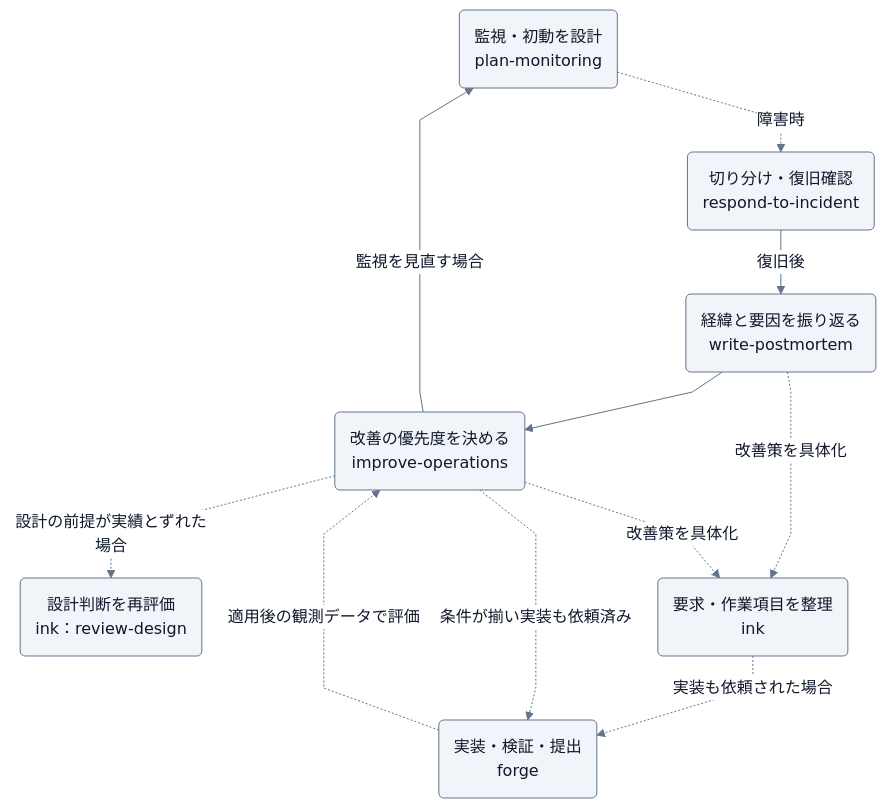
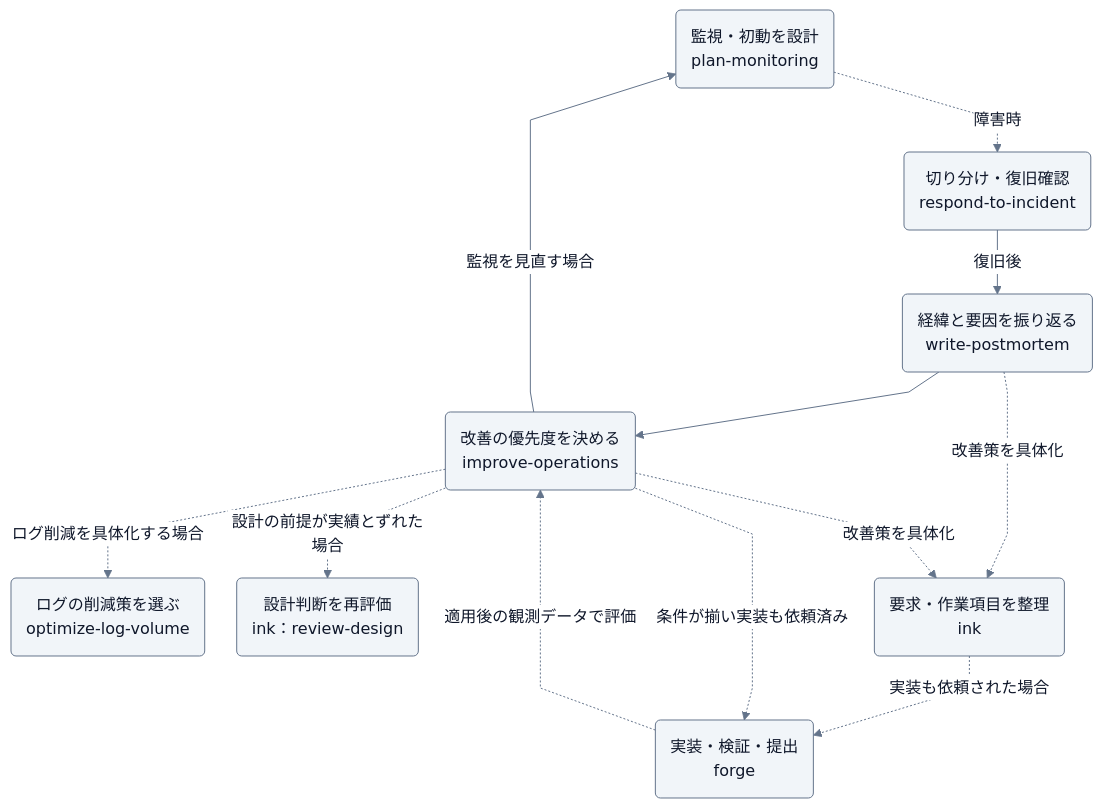
One commit to Wataru-Toriumi/agent-skills changed the first of 2 diagrams in plugins/pulse/README.md. Above: the diagram before and after it, drawn with Mermaid. The commit also changed other lines of this file and 5 other files, not shown here.

Commit message:
feat(pulse): add a skill for optimizing log volume

````diff
--- a/plugins/pulse/README.md
+++ b/plugins/pulse/README.md
@@ -18,37 +19,38 @@
 ```mermaid
 ---
 config:
   theme: base
   look: classic
   fontFamily: sans-serif
   themeVariables:
     primaryColor: "#F1F5F9"
     primaryTextColor: "#0F172A"
     primaryBorderColor: "#64748B"
     lineColor: "#64748B"
     tertiaryColor: "#F8FAFC"
     clusterBkg: "#F8FAFC"
     clusterBorder: "#CBD5E1"
     edgeLabelBackground: "#FFFFFF"
   flowchart:
     wrappingWidth: 300
     curve: linear
     nodeSpacing: 32
     rankSpacing: 40
 ---
 flowchart TD
     monitoring("監視・初動を設計<br/>plan-monitoring")
     incident("切り分け・復旧確認<br/>respond-to-incident")
     postmortem("経緯と要因を振り返る<br/>write-postmortem")
     improve("改善の優先度を決める<br/>improve-operations")
     monitoring -. 障害時 .-> incident
     incident -->|復旧後| postmortem
     postmortem --> improve
     improve -->|監視を見直す場合| monitoring
+    improve -. ログ削減を具体化する場合 .-> logs("ログの削減策を選ぶ<br/>optimize-log-volume")
     improve -. 設計の前提が実績とずれた場合 .-> review("設計判断を再評価<br/>ink：review-design")
     postmortem -. 改善策を具体化 .-> item("要求・作業項目を整理<br/>ink")
     improve -. 改善策を具体化 .-> item
     item -. 実装も依頼された場合 .-> implement("実装・検証・提出<br/>forge")
     improve -. 条件が揃い実装も依頼済み .-> implement
     implement -. 適用後の観測データで評価 .-> improve
 ```
````
